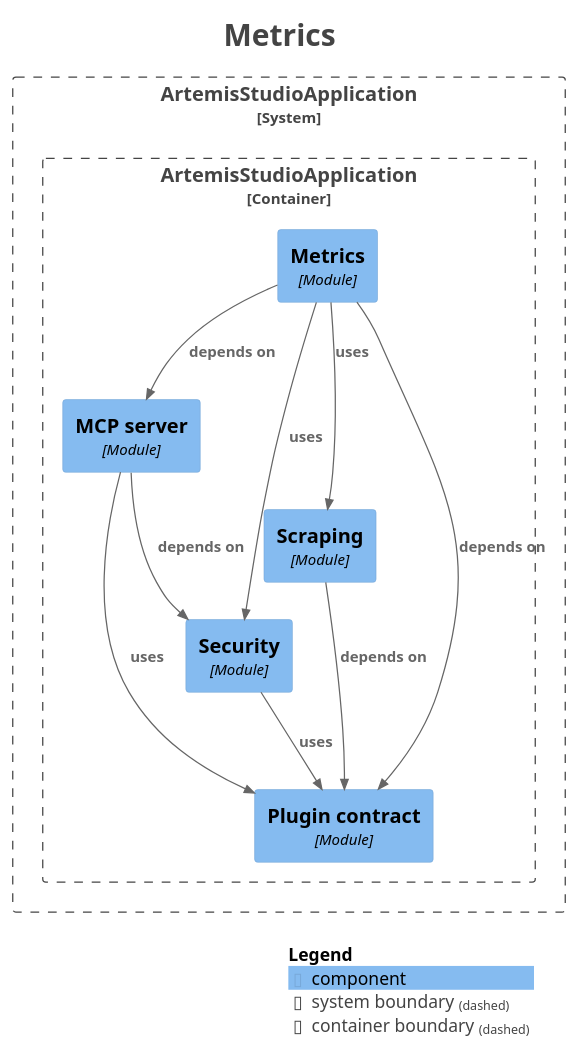
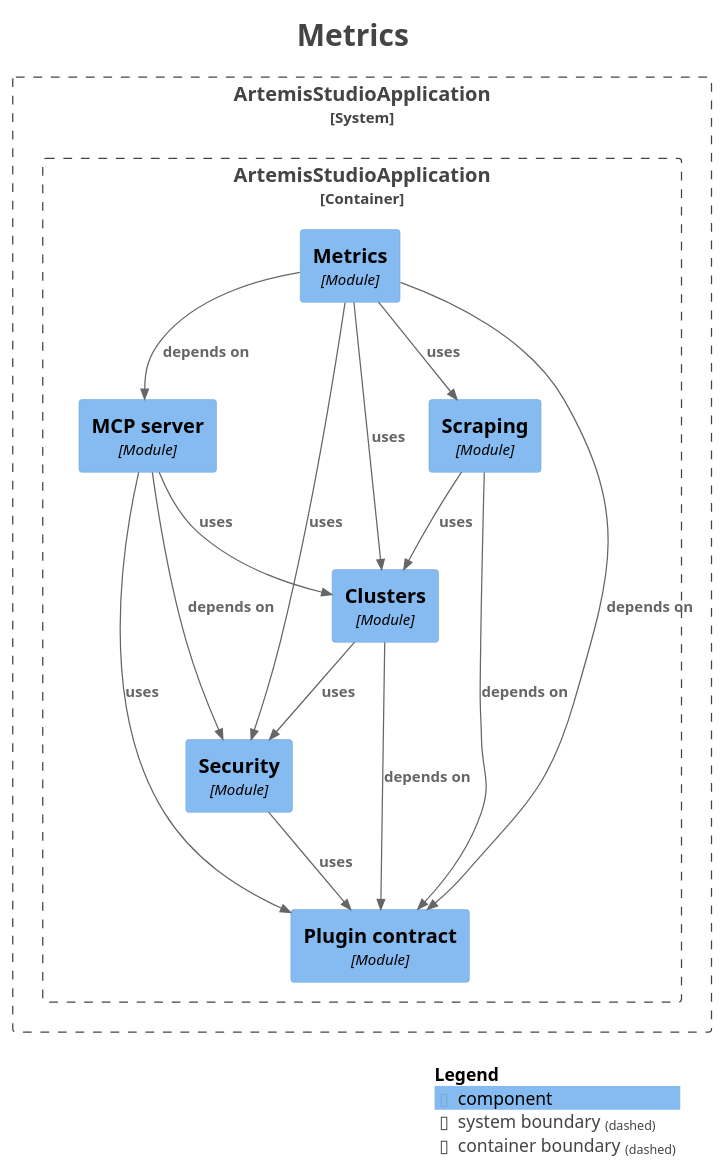
The diagram in docs/modules/module-feature.metrics.puml (sudoitir/artemis-studio), drawn with PlantUML before and after one commit. The commit also changed 13 other files, not shown here.

```diff
--- a/docs/modules/module-feature.metrics.puml
+++ b/docs/modules/module-feature.metrics.puml
@@ -1,40 +1,46 @@
 @startuml
 title <size:24>Metrics</size>
 
 set separator none
 top to bottom direction
 
 <style>
   root {
     BackgroundColor: #ffffff
     FontColor: #444444
   }
 </style>
 
 !include <C4/C4>
 !include <C4/C4_Context>
 !include <C4/C4_Component>
 
 System_Boundary("ArtemisStudioApplication_boundary", "ArtemisStudioApplication", $tags="") {
   Container_Boundary("ArtemisStudioApplication.ArtemisStudioApplication_boundary", "ArtemisStudioApplication", $tags="") {
+    Component(ArtemisStudioApplication.ArtemisStudioApplication.Clusters, "Clusters", $techn="Module", $descr="", $tags="", $link="")
     Component(ArtemisStudioApplication.ArtemisStudioApplication.MCPserver, "MCP server", $techn="Module", $descr="", $tags="", $link="")
     Component(ArtemisStudioApplication.ArtemisStudioApplication.Scraping, "Scraping", $techn="Module", $descr="", $tags="", $link="")
     Component(ArtemisStudioApplication.ArtemisStudioApplication.Metrics, "Metrics", $techn="Module", $descr="", $tags="", $link="")
     Component(ArtemisStudioApplication.ArtemisStudioApplication.Plugincontract, "Plugin contract", $techn="Module", $descr="", $tags="", $link="")
     Component(ArtemisStudioApplication.ArtemisStudioApplication.Security, "Security", $techn="Module", $descr="", $tags="", $link="")
   }
 
 }
 
+Rel(ArtemisStudioApplication.ArtemisStudioApplication.Clusters, ArtemisStudioApplication.ArtemisStudioApplication.Plugincontract, "depends on", $techn="", $tags="", $link="")
+Rel(ArtemisStudioApplication.ArtemisStudioApplication.Clusters, ArtemisStudioApplication.ArtemisStudioApplication.Security, "uses", $techn="", $tags="", $link="")
+Rel(ArtemisStudioApplication.ArtemisStudioApplication.MCPserver, ArtemisStudioApplication.ArtemisStudioApplication.Clusters, "uses", $techn="", $tags="", $link="")
 Rel(ArtemisStudioApplication.ArtemisStudioApplication.MCPserver, ArtemisStudioApplication.ArtemisStudioApplication.Plugincontract, "uses", $techn="", $tags="", $link="")
 Rel(ArtemisStudioApplication.ArtemisStudioApplication.MCPserver, ArtemisStudioApplication.ArtemisStudioApplication.Security, "depends on", $techn="", $tags="", $link="")
+Rel(ArtemisStudioApplication.ArtemisStudioApplication.Metrics, ArtemisStudioApplication.ArtemisStudioApplication.Clusters, "uses", $techn="", $tags="", $link="")
 Rel(ArtemisStudioApplication.ArtemisStudioApplication.Metrics, ArtemisStudioApplication.ArtemisStudioApplication.MCPserver, "depends on", $techn="", $tags="", $link="")
 Rel(ArtemisStudioApplication.ArtemisStudioApplication.Metrics, ArtemisStudioApplication.ArtemisStudioApplication.Plugincontract, "depends on", $techn="", $tags="", $link="")
 Rel(ArtemisStudioApplication.ArtemisStudioApplication.Metrics, ArtemisStudioApplication.ArtemisStudioApplication.Scraping, "uses", $techn="", $tags="", $link="")
 Rel(ArtemisStudioApplication.ArtemisStudioApplication.Metrics, ArtemisStudioApplication.ArtemisStudioApplication.Security, "uses", $techn="", $tags="", $link="")
+Rel(ArtemisStudioApplication.ArtemisStudioApplication.Scraping, ArtemisStudioApplication.ArtemisStudioApplication.Clusters, "uses", $techn="", $tags="", $link="")
 Rel(ArtemisStudioApplication.ArtemisStudioApplication.Scraping, ArtemisStudioApplication.ArtemisStudioApplication.Plugincontract, "depends on", $techn="", $tags="", $link="")
 Rel(ArtemisStudioApplication.ArtemisStudioApplication.Security, ArtemisStudioApplication.ArtemisStudioApplication.Plugincontract, "uses", $techn="", $tags="", $link="")
 
 SHOW_LEGEND(true)
 hide stereotypes
 @enduml
```
